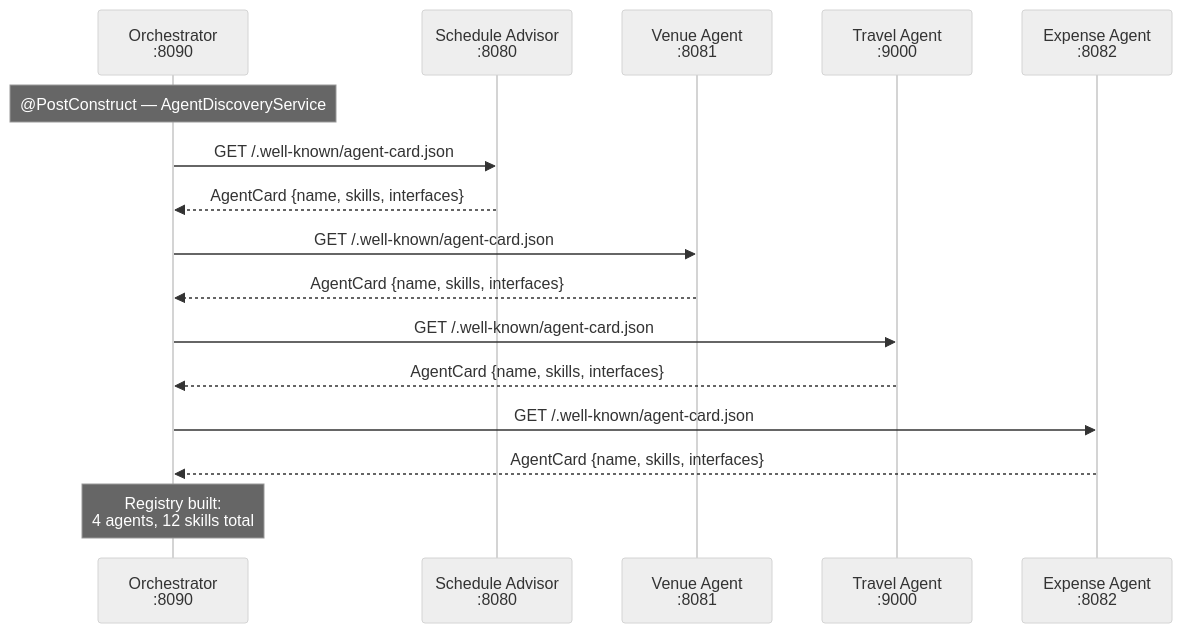
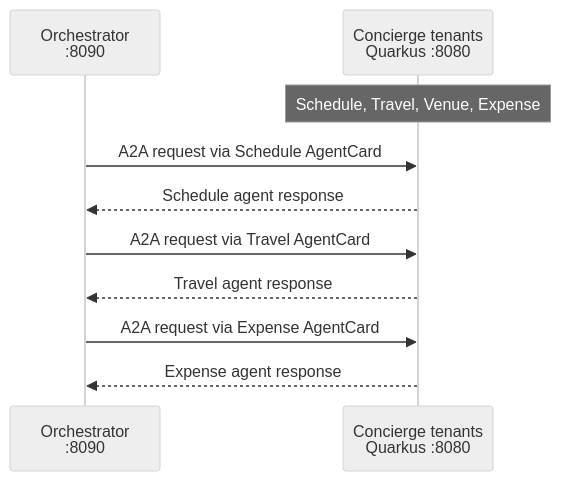
One commit to ehsavoie/a2a-agent-lab-2026 changed the second of 4 diagrams in README.md. Above: the diagram before and after it, drawn with Mermaid (neutral theme). The commit also changed other lines of this file and 7 other files, not shown here.

````diff
--- a/README.md
+++ b/README.md
@@ -98,20 +94,13 @@
 ```mermaid
 sequenceDiagram
     participant O as Orchestrator<br/>:8090
-    participant S as Schedule Advisor<br/>:8080
-    participant V as Venue Agent<br/>:8081
-    participant T as Travel Agent<br/>:9000
-    participant X as Expense Agent<br/>:8082
+    participant C as Concierge tenants<br/>Quarkus :8080
 
-    Note over O: @PostConstruct — AgentDiscoveryService
-    O->>S: GET /.well-known/agent-card.json
-    S-->>O: AgentCard {name, skills, interfaces}
-    O->>V: GET /.well-known/agent-card.json
-    V-->>O: AgentCard {name, skills, interfaces}
-    O->>T: GET /.well-known/agent-card.json
-    T-->>O: AgentCard {name, skills, interfaces}
-    O->>X: GET /.well-known/agent-card.json
-    X-->>O: AgentCard {name, skills, interfaces}
-
-    Note over O: Registry built:<br/>4 agents, 12 skills total
+    Note over C: Schedule, Travel, Venue, Expense
+    O->>C: A2A request via Schedule AgentCard
+    C-->>O: Schedule agent response
+    O->>C: A2A request via Travel AgentCard
+    C-->>O: Travel agent response
+    O->>C: A2A request via Expense AgentCard
+    C-->>O: Expense agent response
 ```
````
